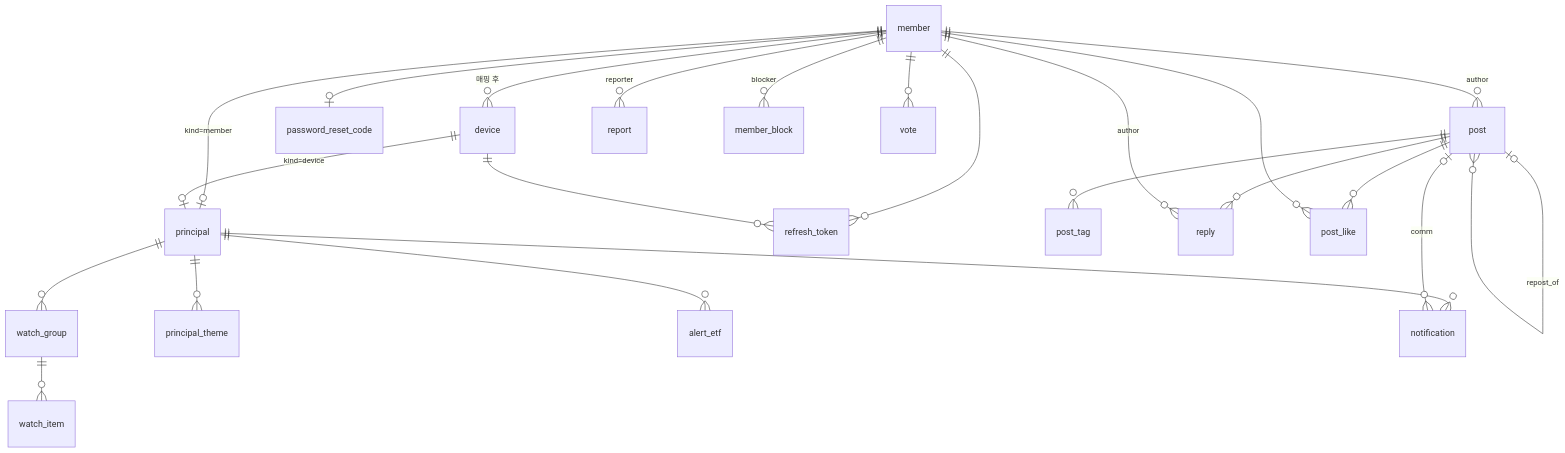
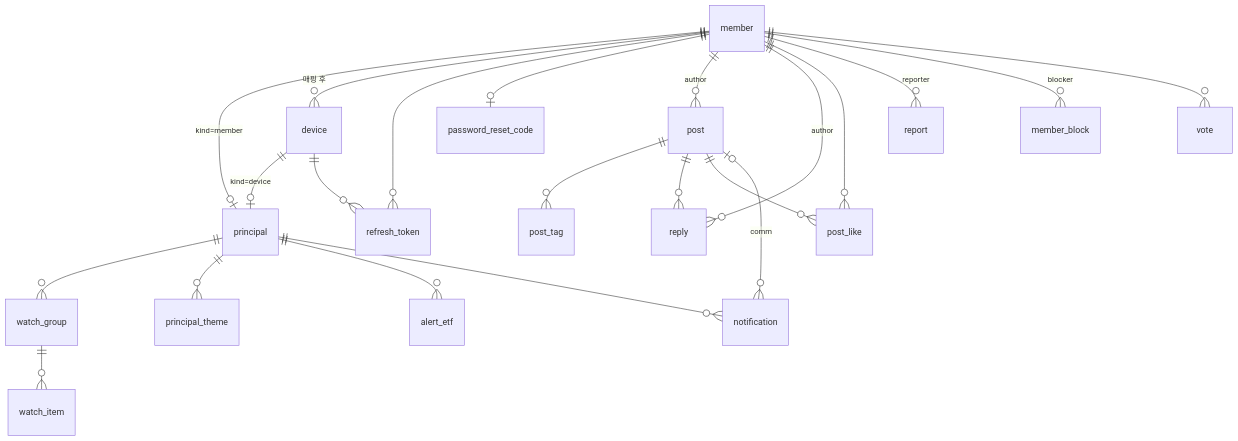
The first of 2 diagrams in src/apps/cloud/app-api/docs/erd.md (alphaeveryday/edge), drawn with Mermaid before and after one commit. The commit also changed other lines of this file and 1 other file, not shown here.

Commit message:
docs(app-api): 계약과 ERD 의 리포스트 삭제

````diff
--- a/src/apps/cloud/app-api/docs/erd.md
+++ b/src/apps/cloud/app-api/docs/erd.md
@@ -424,25 +423,24 @@
 ```mermaid
 erDiagram
     member ||--o| principal : "kind=member"
     device ||--o| principal : "kind=device"
     member ||--o{ device : "매핑 후"
     member ||--o{ refresh_token : ""
     device ||--o{ refresh_token : ""
     member ||--o| password_reset_code : ""
     principal ||--o{ watch_group : ""
     watch_group ||--o{ watch_item : ""
     principal ||--o{ principal_theme : ""
     principal ||--o{ alert_etf : ""
     principal ||--o{ notification : ""
     member ||--o{ post : "author"
     post ||--o{ post_tag : ""
     post ||--o{ reply : ""
     post ||--o{ post_like : ""
-    post o|--o{ post : "repost_of"
     member ||--o{ reply : "author"
     member ||--o{ post_like : ""
     member ||--o{ report : "reporter"
     member ||--o{ member_block : "blocker"
     member ||--o{ vote : ""
     post o|--o{ notification : "comm"
 ```
````
